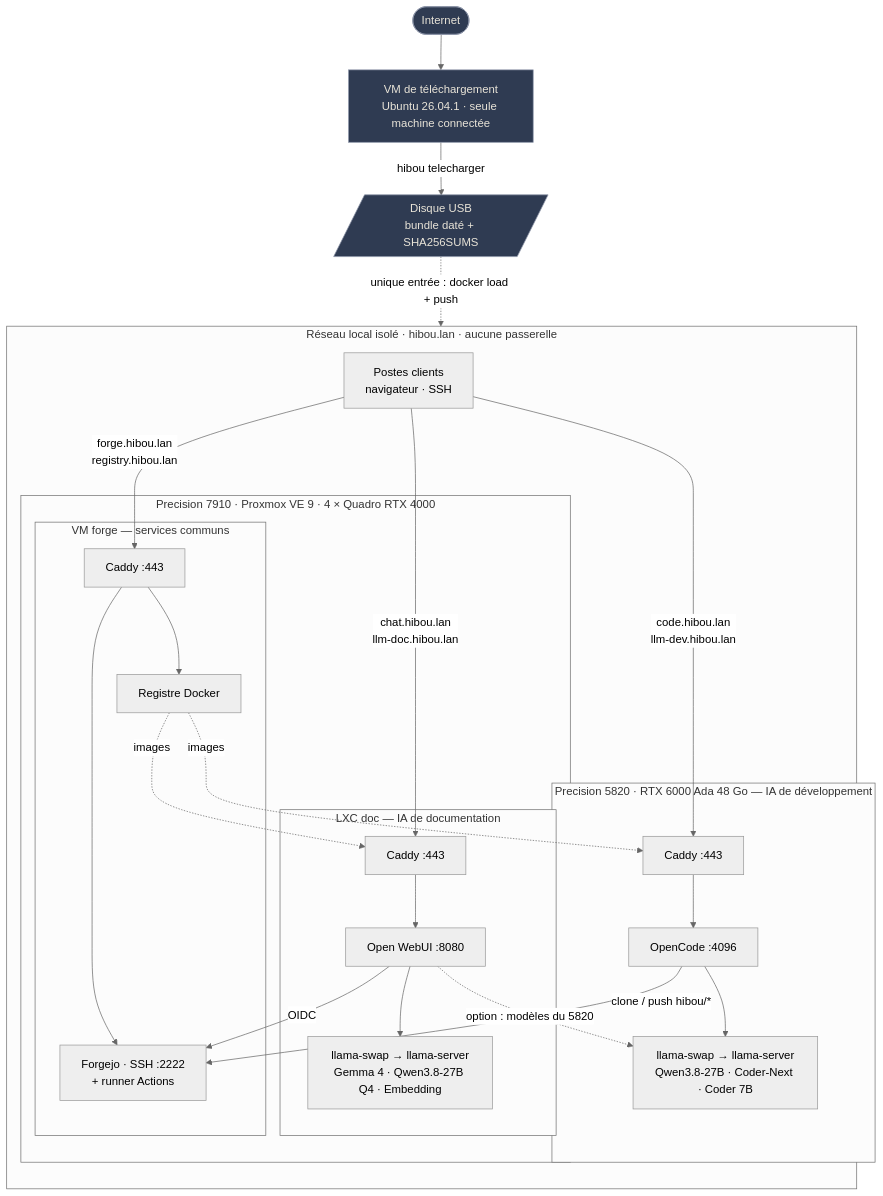
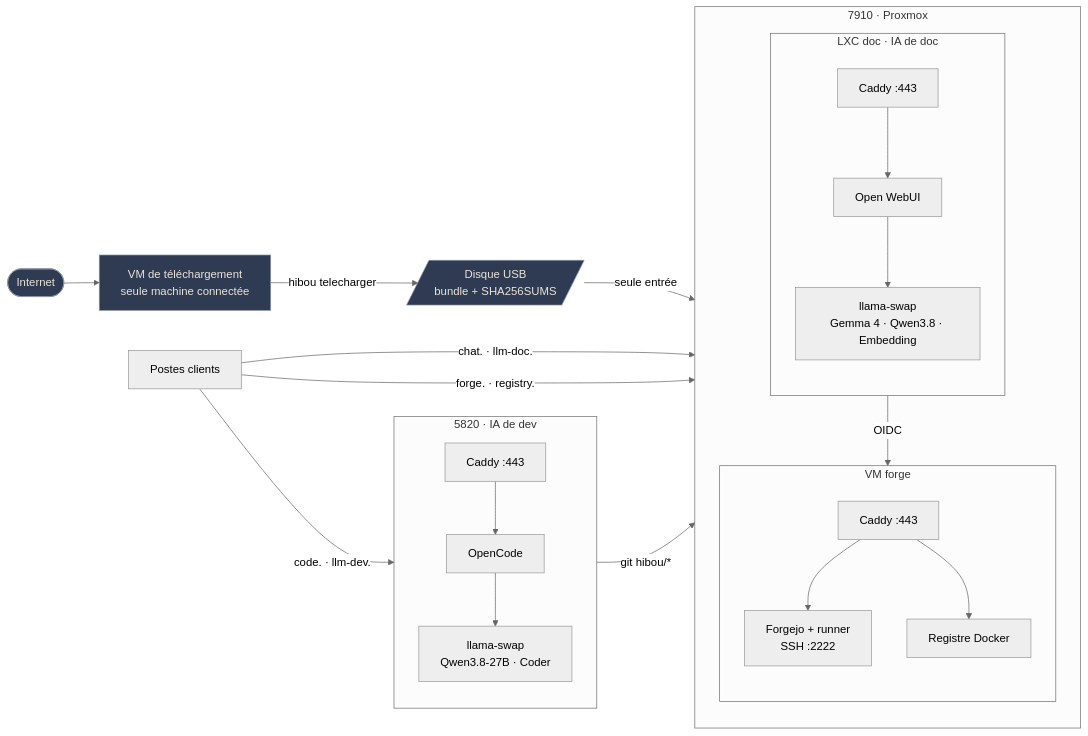
Before and after one commit to Marty-McFIy/Hibou: the diagram in docs/architecture.md, drawn with Mermaid (neutral theme). The commit also changed other lines of this file, not shown here.

Commit message:
Architecture : schéma simplifié, rendu vérifié (#4)
Claude-Session: https://claude.ai/code/session_01APQ4vhZ68QZ6ph84Svs6Mw

````diff
--- a/docs/architecture.md
+++ b/docs/architecture.md
@@ -16,48 +16,36 @@
 ```mermaid
-flowchart TB
+flowchart LR
   net(["Internet"]):::ext
-  dl["VM de téléchargement<br/>Ubuntu 26.04.1 · seule machine connectée"]:::ext
-  usb[/"Disque USB<br/>bundle daté + SHA256SUMS"/]:::ext
-  net --> dl
-  dl -- "hibou telecharger" --> usb
+  dl["VM de téléchargement<br/>seule machine connectée"]:::ext
+  usb[/"Disque USB<br/>bundle + SHA256SUMS"/]:::ext
+  net --> dl -- "hibou telecharger" --> usb
 
-  subgraph reseau["Réseau local isolé · hibou.lan · aucune passerelle"]
+  cli["Postes clients"]
+
+  subgraph dev["5820 · IA de dev"]
     direction TB
-    cli["Postes clients<br/>navigateur · SSH"]
+    c1["Caddy :443"] --> oc["OpenCode"] --> ld["llama-swap<br/>Qwen3.8-27B · Coder"]
+  end
 
-    subgraph n5820["Precision 5820 · RTX 6000 Ada 48 Go — IA de développement"]
-      c1["Caddy :443"]
-      oc["OpenCode :4096"]
-      ld["llama-swap → llama-server<br/>Qwen3.8-27B · Coder-Next · Coder 7B"]
-      c1 --> oc --> ld
+  subgraph pve["7910 · Proxmox"]
+    direction TB
+    subgraph doc["LXC doc · IA de doc"]
+      direction TB
+      c2["Caddy :443"] --> ow["Open WebUI"] --> lm["llama-swap<br/>Gemma 4 · Qwen3.8 · Embedding"]
     end
-
-    subgraph n7910["Precision 7910 · Proxmox VE 9 · 4 × Quadro RTX 4000"]
-      subgraph doc["LXC doc — IA de documentation"]
-        c2["Caddy :443"]
-        ow["Open WebUI :8080"]
-        lm["llama-swap → llama-server<br/>Gemma 4 · Qwen3.8-27B Q4 · Embedding"]
-        c2 --> ow --> lm
-      end
-      subgraph forge["VM forge — services communs"]
-        c3["Caddy :443"]
-        fj["Forgejo · SSH :2222<br/>+ runner Actions"]
-        rg["Registre Docker"]
-        c3 --> fj
-        c3 --> rg
-      end
+    subgraph forge["VM forge"]
+      direction TB
+      c3["Caddy :443"] --> fj["Forgejo + runner<br/>SSH :2222"]
+      c3 --> rg["Registre Docker"]
     end
   end
 
-  usb -. "unique entrée : docker load + push" .-> rg
-  rg -. "images" .-> c1
-  rg -. "images" .-> c2
-  cli -- "code.hibou.lan<br/>llm-dev.hibou.lan" --> c1
-  cli -- "chat.hibou.lan<br/>llm-doc.hibou.lan" --> c2
-  cli -- "forge.hibou.lan<br/>registry.hibou.lan" --> c3
-  oc -- "clone / push hibou/*" --> fj
+  usb -- "seule entrée" --> rg
+  cli -- "code. · llm-dev." --> c1
+  cli -- "chat. · llm-doc." --> c2
+  cli -- "forge. · registry." --> c3
+  oc -- "git hibou/*" --> fj
   ow -- "OIDC" --> fj
-  ow -. "option : modèles du 5820" .-> ld
 
   classDef ext fill:#2F3B52,stroke:#8A93A6,color:#E9E4D8
 ```
````
